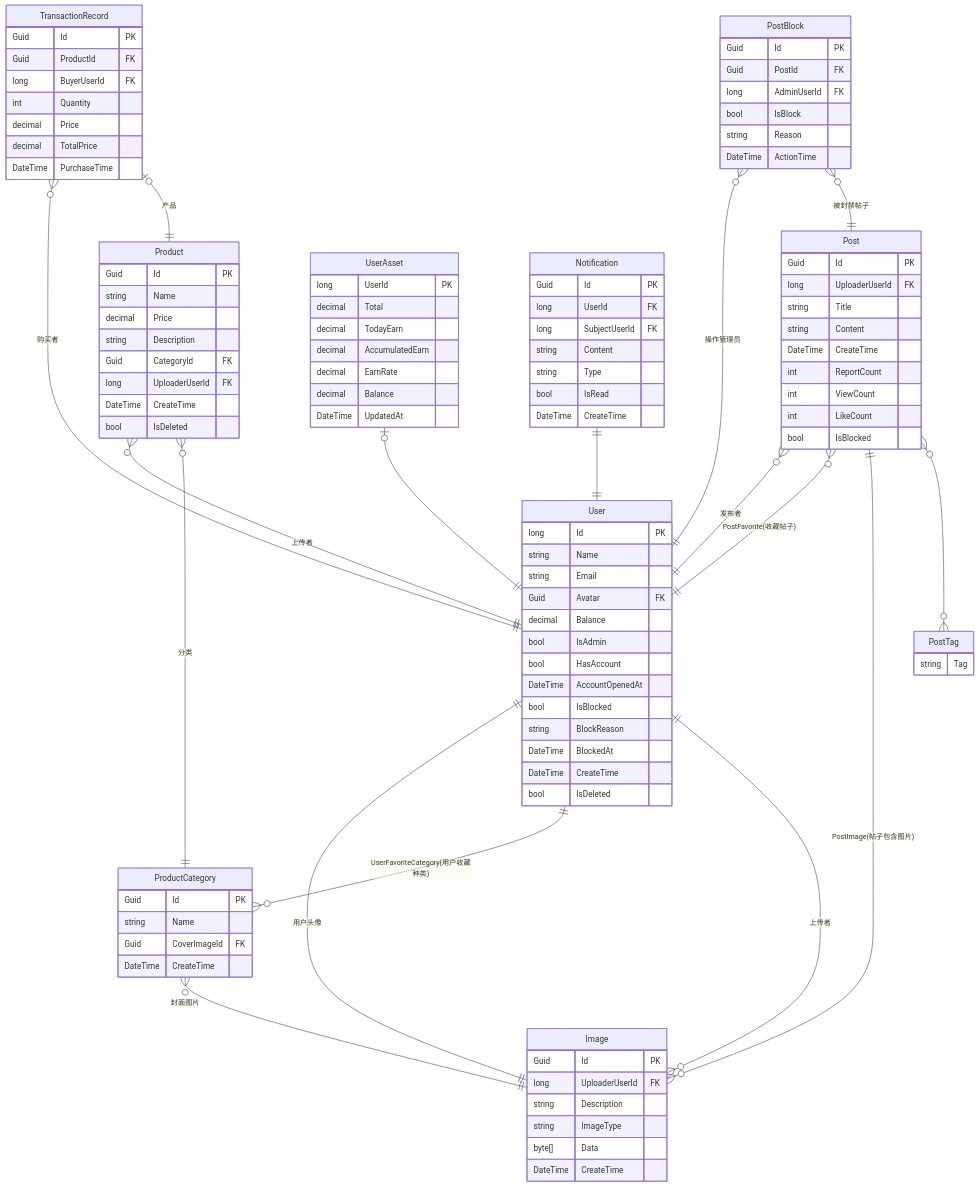
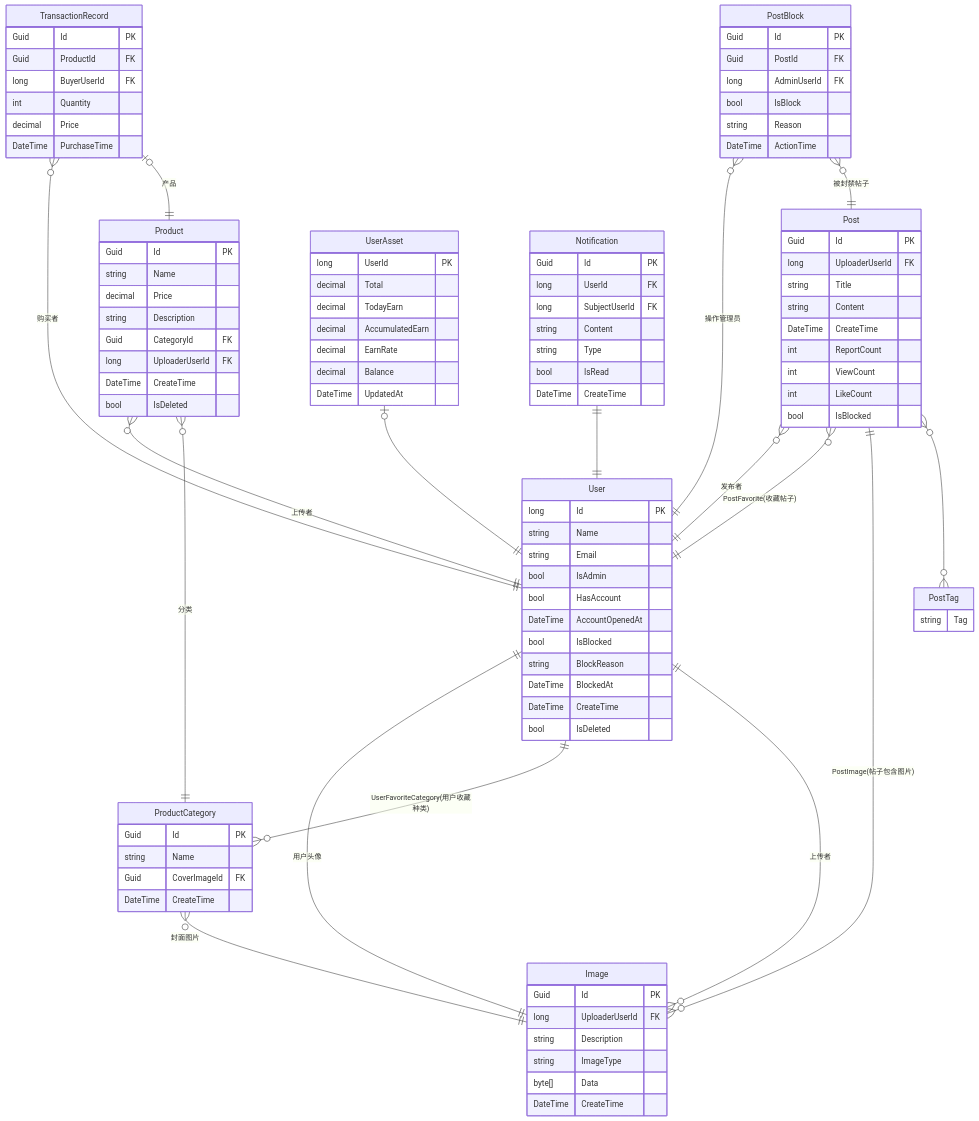
The ninth of 14 diagrams in report/report.md (57UU/southern_money), drawn with Mermaid before and after one commit. The commit also changed 1 other file, not shown here.

```diff
--- a/report/report.md
+++ b/report/report.md
@@ -589,8 +589,6 @@
          long Id PK
          string Name
          string Email
-         Guid Avatar FK
-         decimal Balance
          bool IsAdmin
          bool HasAccount
          DateTime AccountOpenedAt
@@ -646,7 +644,6 @@
          long BuyerUserId FK
          int Quantity
          decimal Price
-         decimal TotalPrice
          DateTime PurchaseTime
      }
      
```
